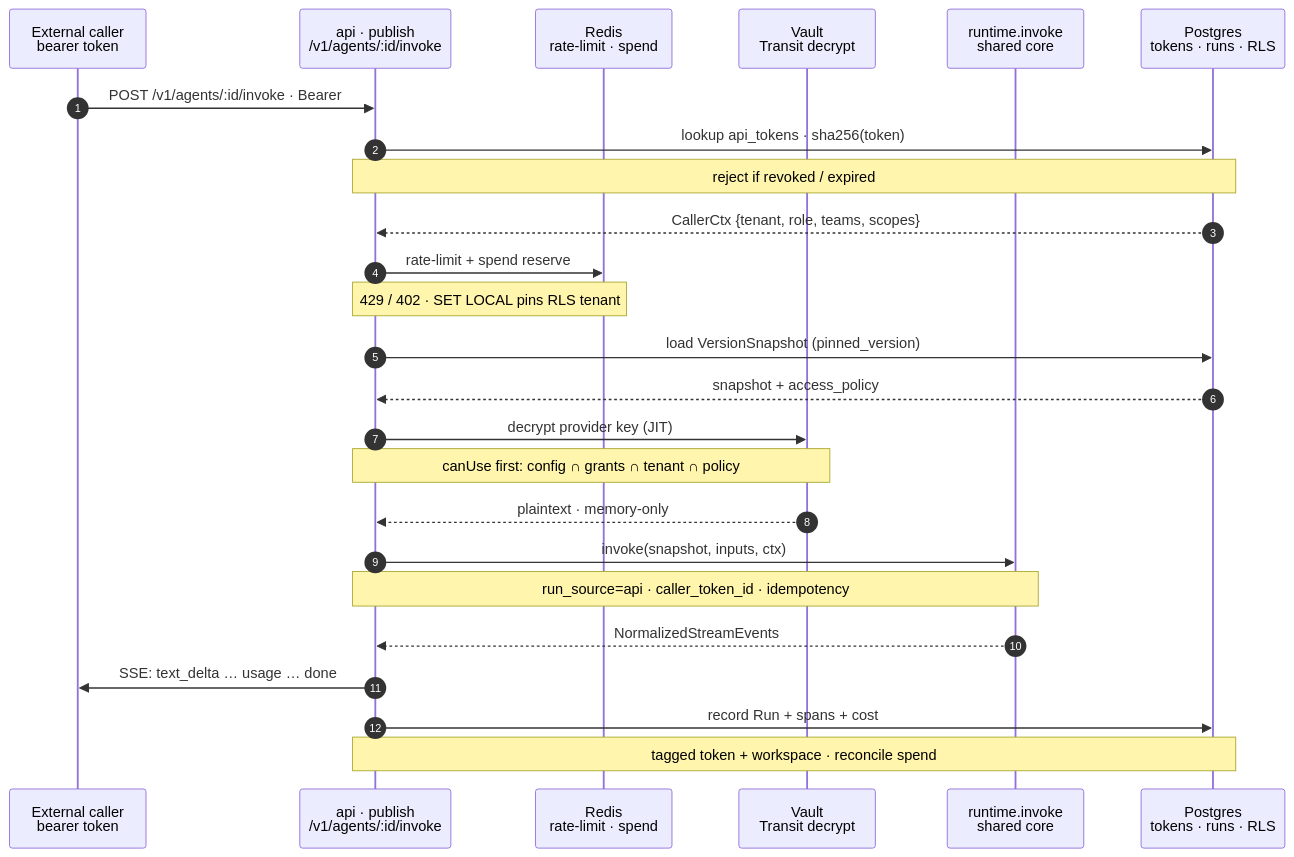
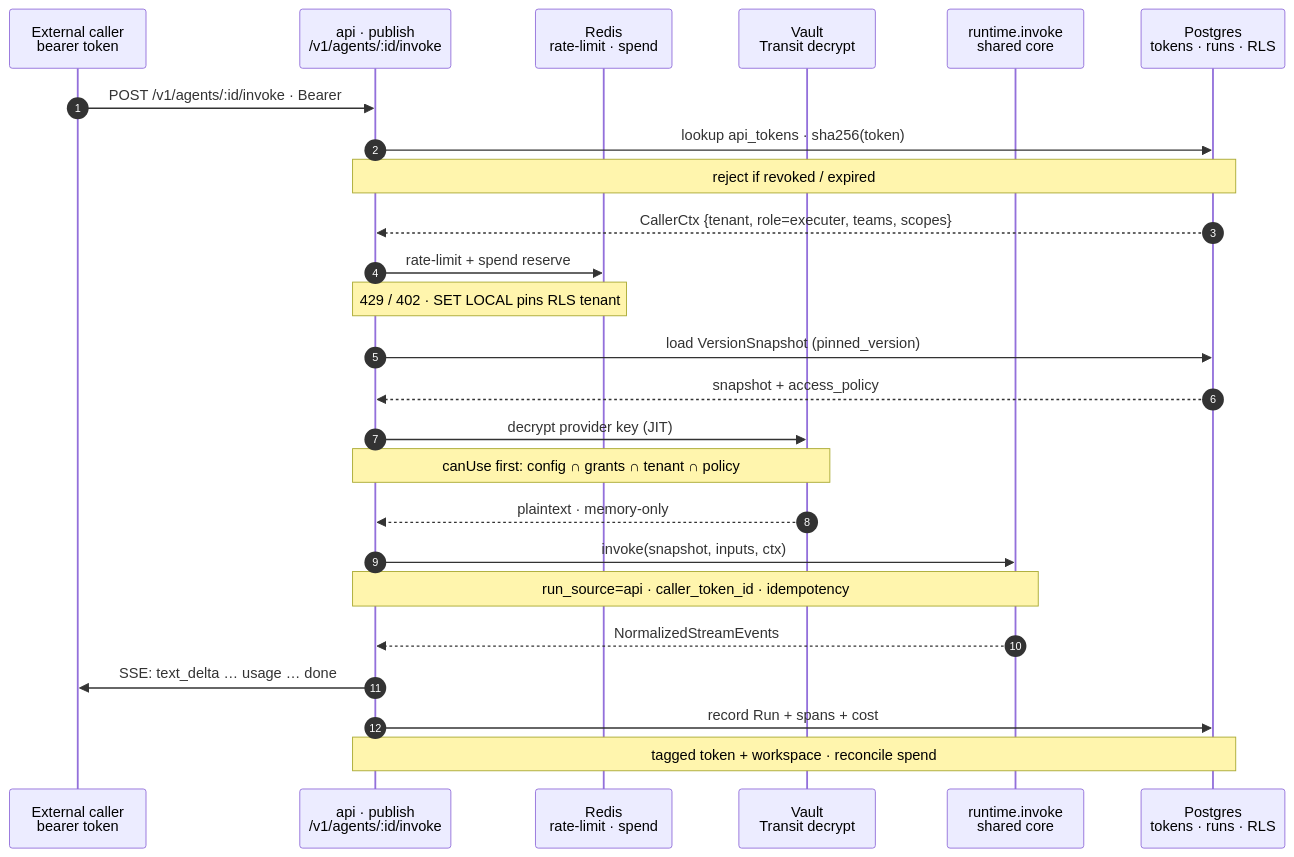
Before and after one commit to gargraman/agent-catalyst: the ninth of 17 diagrams in docs/diagrams/backend-design/backend-design-diagrams.md, drawn with Mermaid. The commit also changed other lines of this file and 40 other files, not shown here.

````diff
--- a/docs/diagrams/backend-design/backend-design-diagrams.md
+++ b/docs/diagrams/backend-design/backend-design-diagrams.md
@@ -585,27 +585,27 @@
 ```mermaid
 sequenceDiagram
     autonumber
     participant client as External caller<br/>bearer token
     participant api as api · publish<br/>/v1/agents/:id/invoke
     participant redis as Redis<br/>rate-limit · spend
     participant vault as Vault<br/>Transit decrypt
     participant runtime as runtime.invoke<br/>shared core
     participant db as Postgres<br/>tokens · runs · RLS
     client->>api: POST /v1/agents/:id/invoke · Bearer
     api->>db: lookup api_tokens · sha256(token)
     Note over api,db: reject if revoked / expired
-    db-->>api: CallerCtx {tenant, role, teams, scopes}
+    db-->>api: CallerCtx {tenant, role=executer, teams, scopes}
     api->>redis: rate-limit + spend reserve
     Note over api,redis: 429 / 402 · SET LOCAL pins RLS tenant
     api->>db: load VersionSnapshot (pinned_version)
     db-->>api: snapshot + access_policy
     api->>vault: decrypt provider key (JIT)
     Note over api,vault: canUse first: config ∩ grants ∩ tenant ∩ policy
     vault-->>api: plaintext · memory-only
     api->>runtime: invoke(snapshot, inputs, ctx)
     Note over api,runtime: run_source=api · caller_token_id · idempotency
     runtime-->>api: NormalizedStreamEvents
     api->>client: SSE: text_delta … usage … done
     api->>db: record Run + spans + cost
     Note over api,db: tagged token + workspace · reconcile spend
 ```
````
